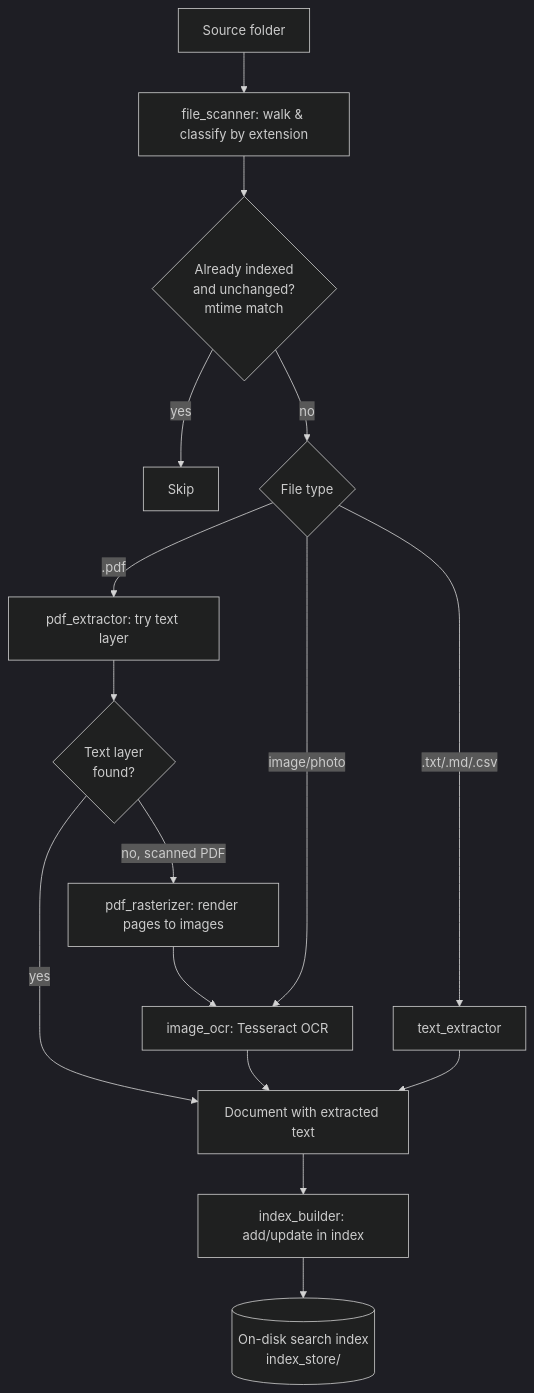
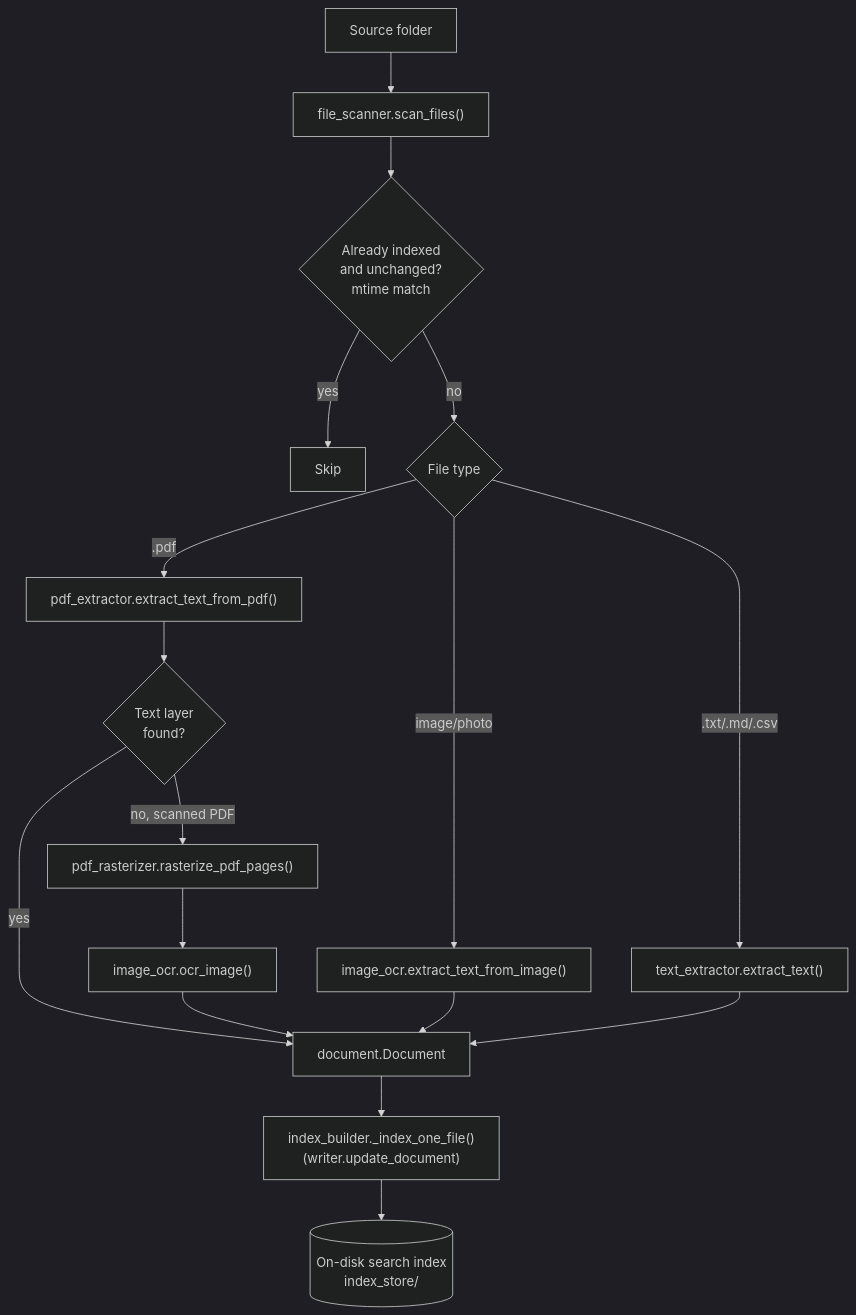
Before and after one commit to chavanskc/Python: the second of 3 diagrams in DocSearchChatbot/DESIGN.md, drawn with Mermaid (dark theme). The commit also changed other lines of this file, not shown here.

First line of the commit message:
Add DocSearchChatbot component block diagram with file/function references

````diff
--- a/DocSearchChatbot/DESIGN.md
+++ b/DocSearchChatbot/DESIGN.md
@@ -60,18 +127,19 @@
 ```mermaid
 flowchart TD
-    A[Source folder] --> B[file_scanner: walk & classify by extension]
+    A[Source folder] --> B["file_scanner.scan_files()"]
     B --> C{Already indexed<br/>and unchanged?<br/>mtime match}
     C -- yes --> Z[Skip]
     C -- no --> D{File type}
-    D -- .txt/.md/.csv --> E[text_extractor]
-    D -- .pdf --> F[pdf_extractor: try text layer]
+    D -- .txt/.md/.csv --> E["text_extractor.extract_text()"]
+    D -- .pdf --> F["pdf_extractor.extract_text_from_pdf()"]
     F --> G{Text layer<br/>found?}
-    G -- yes --> H[Document with extracted text]
-    G -- no, scanned PDF --> I[pdf_rasterizer: render pages to images]
-    I --> J[image_ocr: Tesseract OCR]
-    D -- image/photo --> J
+    G -- yes --> H["document.Document"]
+    G -- no, scanned PDF --> I["pdf_rasterizer.rasterize_pdf_pages()"]
+    I --> J["image_ocr.ocr_image()"]
+    D -- image/photo --> J2["image_ocr.extract_text_from_image()"]
     J --> H
+    J2 --> H
     E --> H
-    H --> K[index_builder: add/update in index]
+    H --> K["index_builder._index_one_file()<br/>(writer.update_document)"]
     K --> L[(On-disk search index<br/>index_store/)]
 ```
````
